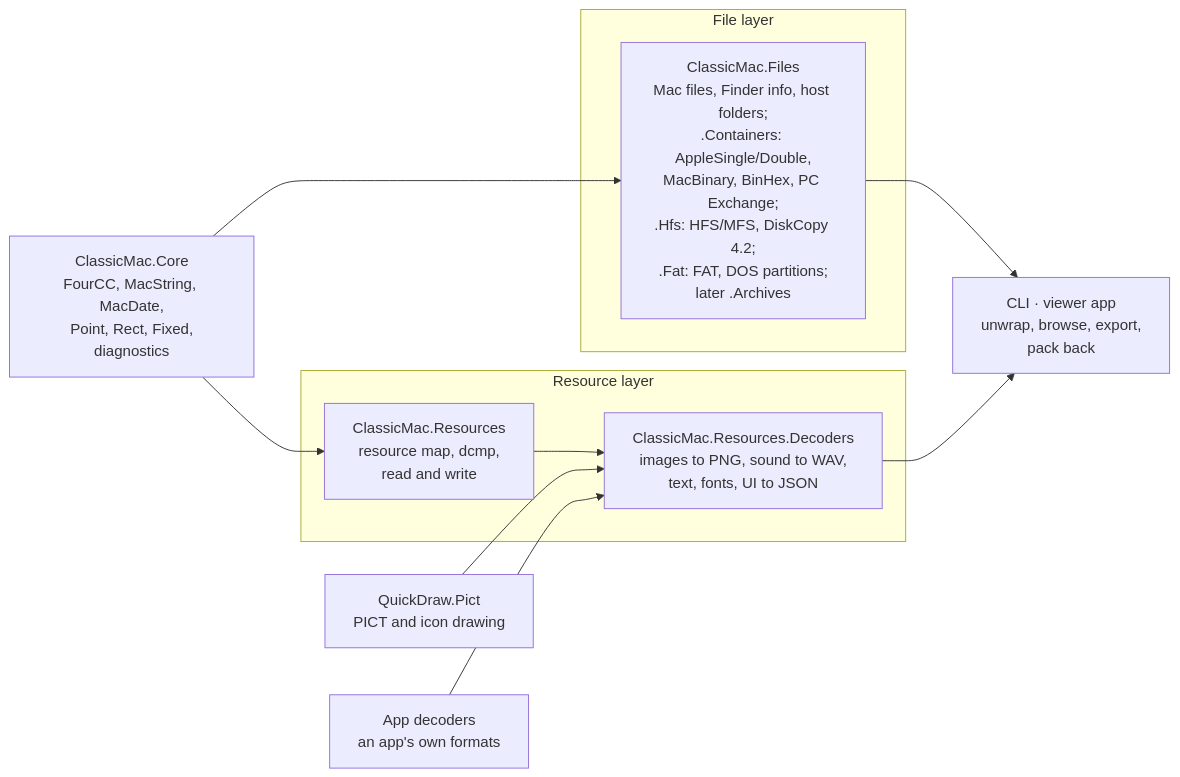
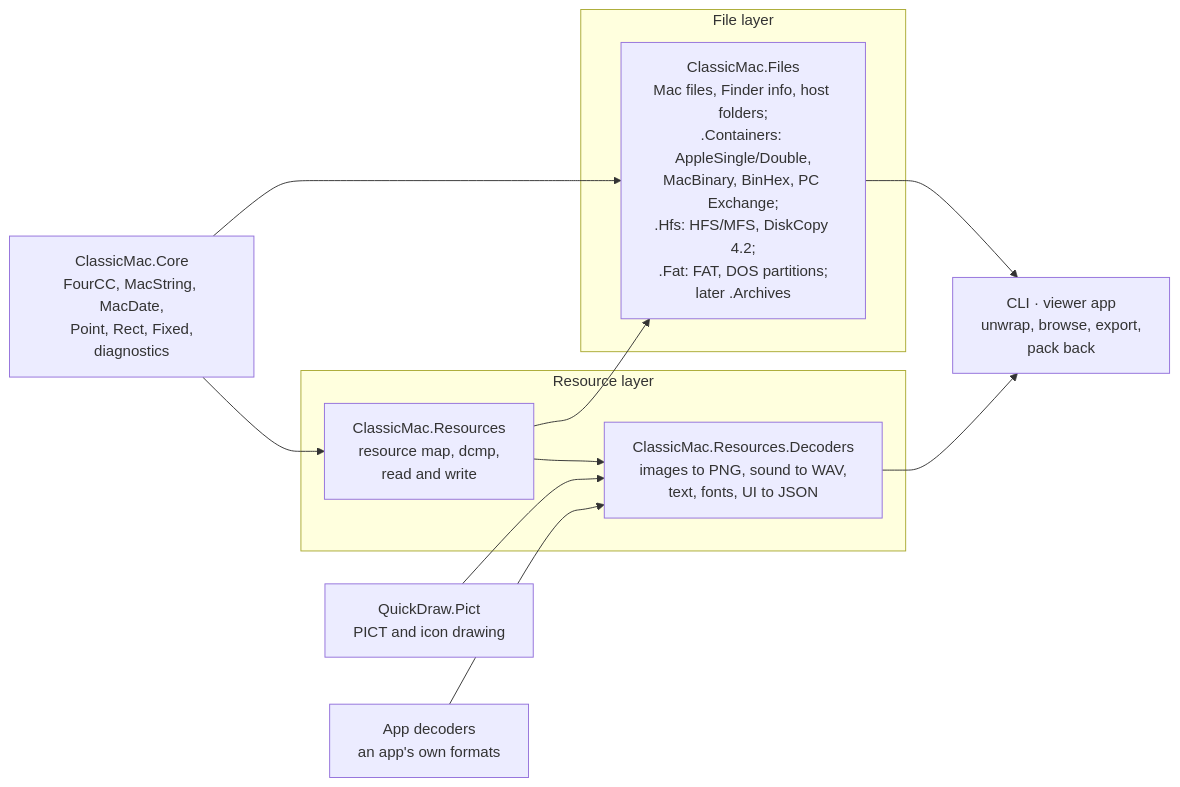
The diagram in docs/PLAN.md (inexin/ClassicMac), drawn with Mermaid before and after one commit. The commit also changed other lines of this file and 6 other files, not shown here.

````diff
--- a/docs/PLAN.md
+++ b/docs/PLAN.md
@@ -284,17 +284,18 @@
 ```mermaid
 flowchart LR
     B["ClassicMac.Core<br/>FourCC, MacString, MacDate,<br/>Point, Rect, Fixed,<br/>diagnostics"]
     subgraph filelayer["File layer"]
         F["ClassicMac.Files<br/>Mac files, Finder info, host folders;<br/>.Containers: AppleSingle/Double,<br/>MacBinary, BinHex, PC Exchange;<br/>.Hfs: HFS/MFS, DiskCopy 4.2;<br/>.Fat: FAT, DOS partitions;<br/>later .Archives"]
     end
     subgraph resourcelayer["Resource layer"]
         M["ClassicMac.Resources<br/>resource map, dcmp,<br/>read and write"]
         D["ClassicMac.Resources.Decoders<br/>images to PNG, sound to WAV,<br/>text, fonts, UI to JSON"]
     end
     E["CLI · viewer app<br/>unwrap, browse, export,<br/>pack back"]
     B --> F & M
+    M --> F
     M --> D
     F & D --> E
     Q["QuickDraw.Pict<br/>PICT and icon drawing"] --> D
     A["App decoders<br/>an app's own formats"] --> D
 ```
````
